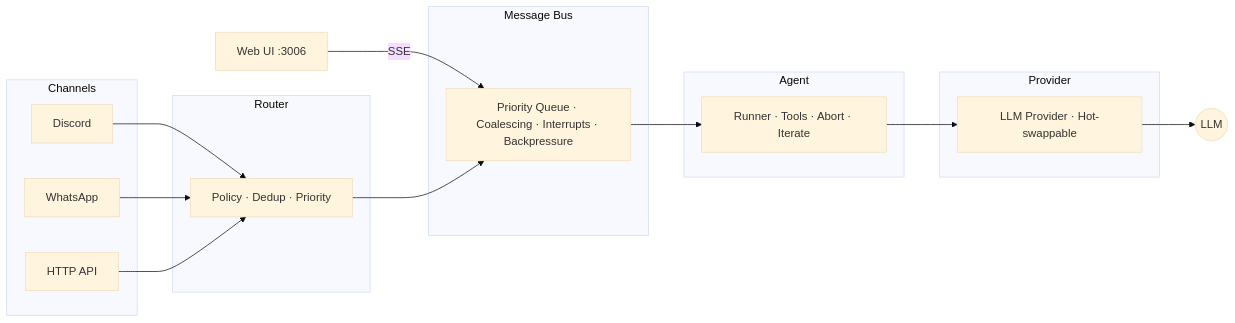
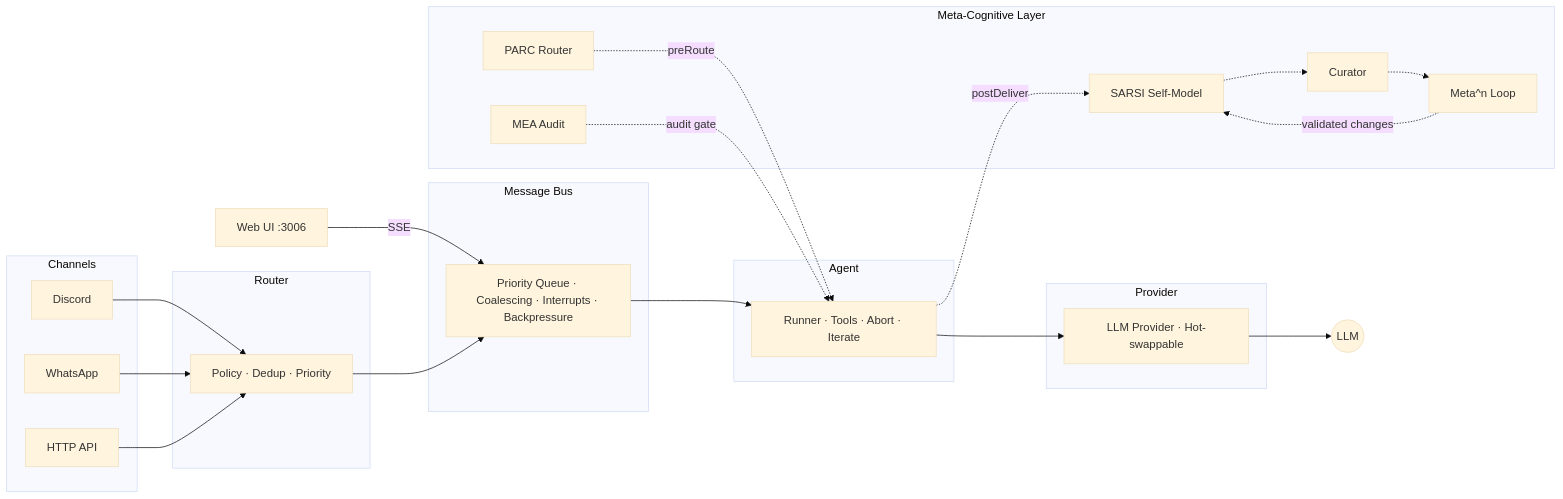
Before and after one commit to artifact-opensource/symbiote: the diagram in docs/core/architecture.md, drawn with Mermaid (base theme). The commit also changed other lines of this file and 26 other files, not shown here.

````diff
--- a/docs/core/architecture.md
+++ b/docs/core/architecture.md
@@ -13,34 +18,48 @@
 ```mermaid
 graph LR
     subgraph Channels
         D[Discord]
         W[WhatsApp]
         H[HTTP API]
     end
 
     subgraph Router
         R[Policy · Dedup · Priority]
     end
 
     subgraph Bus[Message Bus]
         Q[Priority Queue · Coalescing · Interrupts · Backpressure]
     end
 
     subgraph Agent
         A[Runner · Tools · Abort · Iterate]
     end
 
     subgraph Provider
         P[LLM Provider · Hot-swappable]
     end
 
+    subgraph Meta[Meta-Cognitive Layer]
+        S[SARSI Self-Model]
+        C[Curator]
+        M[Meta^n Loop]
+        ME[MEA Audit]
+        PA[PARC Router]
+    end
+
     UI[Web UI :3006] -->|SSE| Q
 
     D --> R
     W --> R
     H --> R
     R --> Q
     Q --> A
     A --> P
     P --> LLM((LLM))
+    PA -.->|preRoute| A
+    A -.->|postDeliver| S
+    S -.-> C
+    C -.-> M
+    M -.->|validated changes| S
+    ME -.->|audit gate| A
 ```
````
